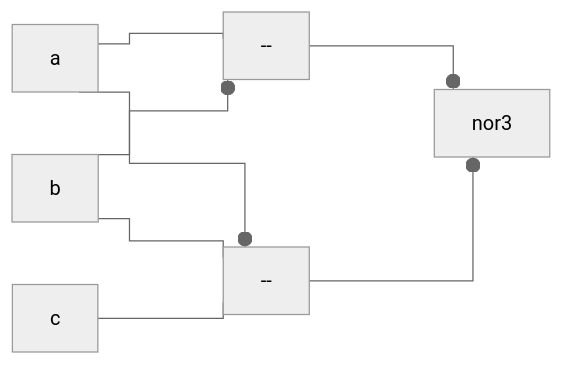
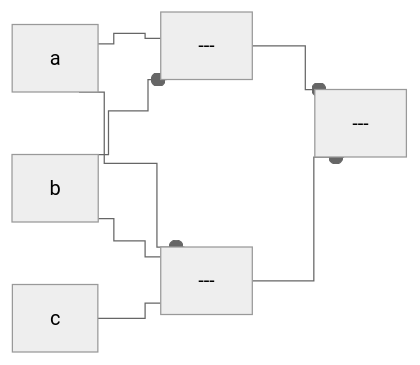
One commit to tnichols217/notes changed the diagram in CSDS 281 - Logic Design/HW/4.md. Above: the diagram before and after it, drawn with Mermaid (neutral theme).

Commit message:
vault backup: 2024-02-22 22:57:14

````diff
--- a/CSDS 281 - Logic Design/HW/4.md
+++ b/CSDS 281 - Logic Design/HW/4.md
@@ -83,9 +83,9 @@
 ```mermaid
-%%{ init: { 'flowchart': { 'curve': 'stepAfter' } } }%%
+%%{ init: { 'flowchart': { 'curve': 'step' } } }%%
 flowchart LR
-a ---- nor1[--]
-b ---o nor1
-a ---o nor2[--]
-b & c ---- nor2
-nor1 & nor2 ---o nor3
+a --- nor1[---]
+b --o nor1
+a --o nor2[---]
+b & c --- nor2
+nor1 & nor2 --o nor3[---]
 ```
````
